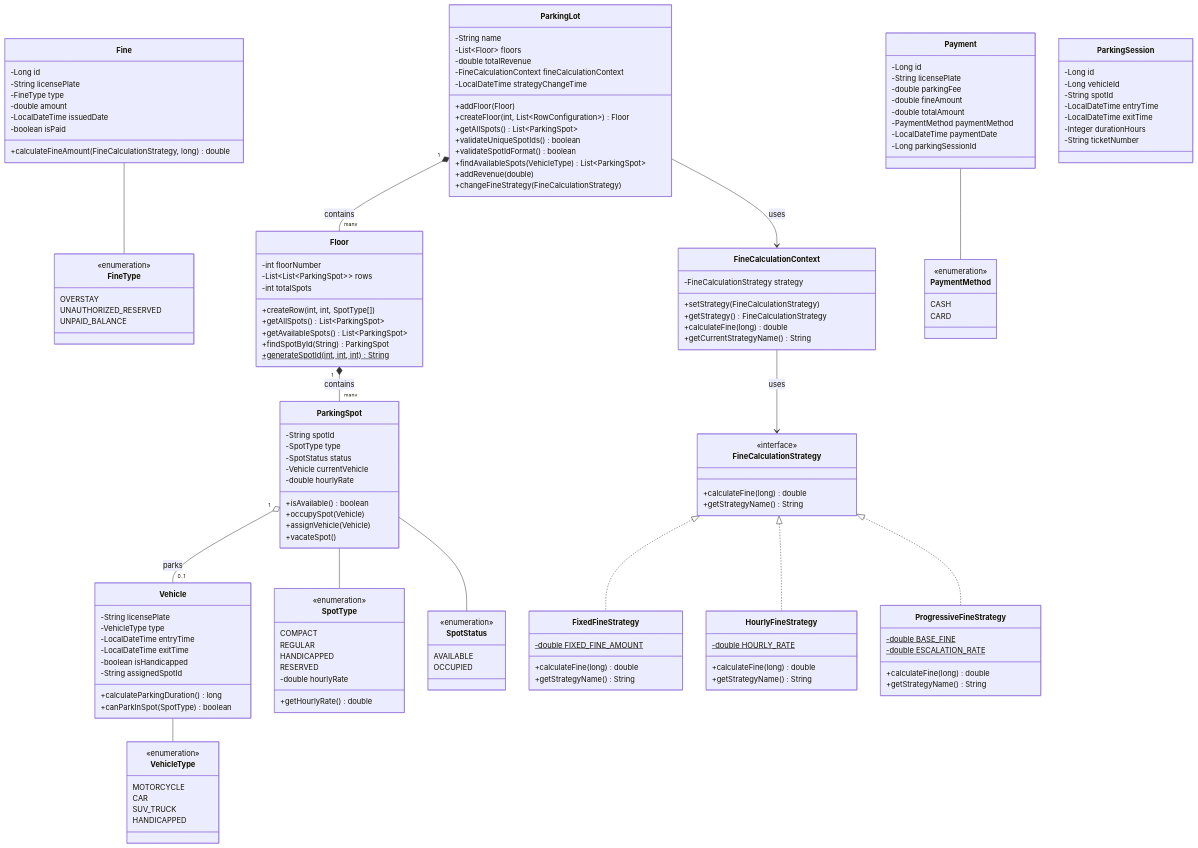
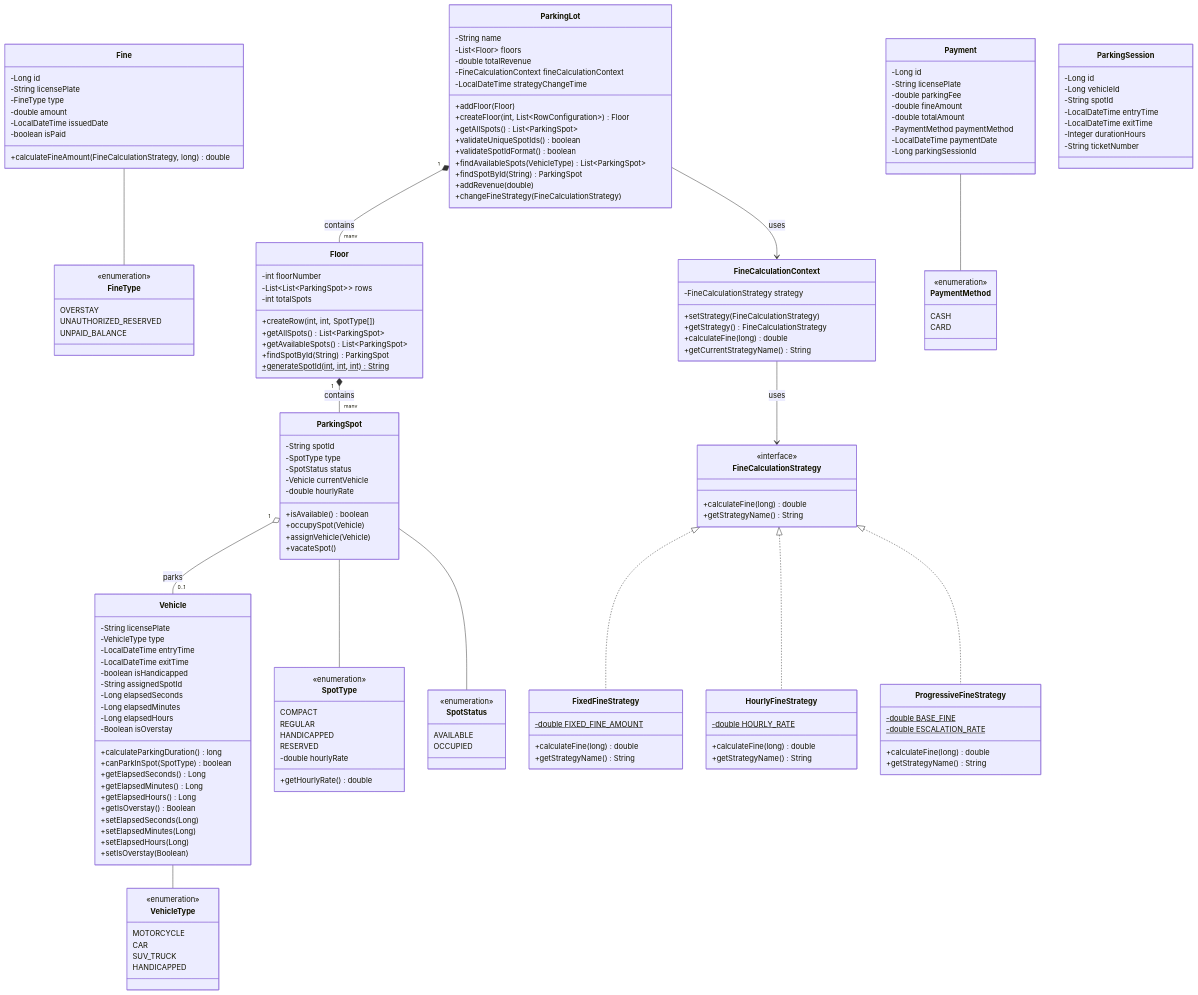
The first of 10 diagrams in UML_DIAGRAMS.md (Jinyuanmak/OOAD-Assignment), drawn with Mermaid before and after one commit. The commit also changed other lines of this file and 14 other files, not shown here.

```diff
--- a/UML_DIAGRAMS.md
+++ b/UML_DIAGRAMS.md
@@ -32,6 +32,7 @@
         +validateUniqueSpotIds() boolean
         +validateSpotIdFormat() boolean
         +findAvailableSpots(VehicleType) List~ParkingSpot~
+        +findSpotById(String) ParkingSpot
         +addRevenue(double)
         +changeFineStrategy(FineCalculationStrategy)
     }
@@ -66,8 +67,20 @@
         -LocalDateTime exitTime
         -boolean isHandicapped
         -String assignedSpotId
+        -Long elapsedSeconds
+        -Long elapsedMinutes
+        -Long elapsedHours
+        -Boolean isOverstay
         +calculateParkingDuration() long
         +canParkInSpot(SpotType) boolean
+        +getElapsedSeconds() Long
+        +getElapsedMinutes() Long
+        +getElapsedHours() Long
+        +getIsOverstay() Boolean
+        +setElapsedSeconds(Long)
+        +setElapsedMinutes(Long)
+        +setElapsedHours(Long)
+        +setIsOverstay(Boolean)
     }
 
     class Fine {
```
